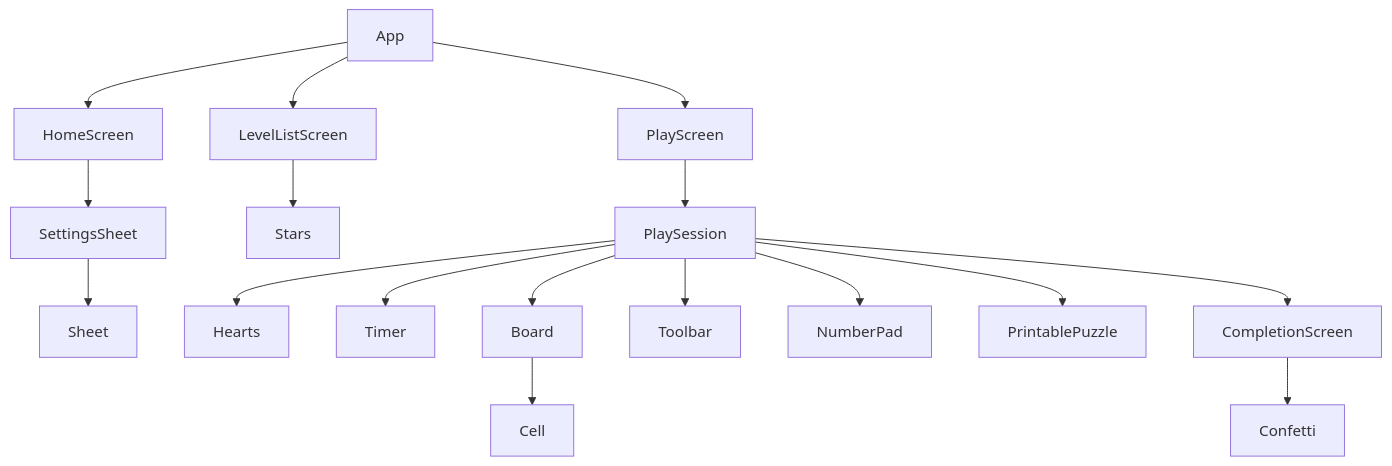
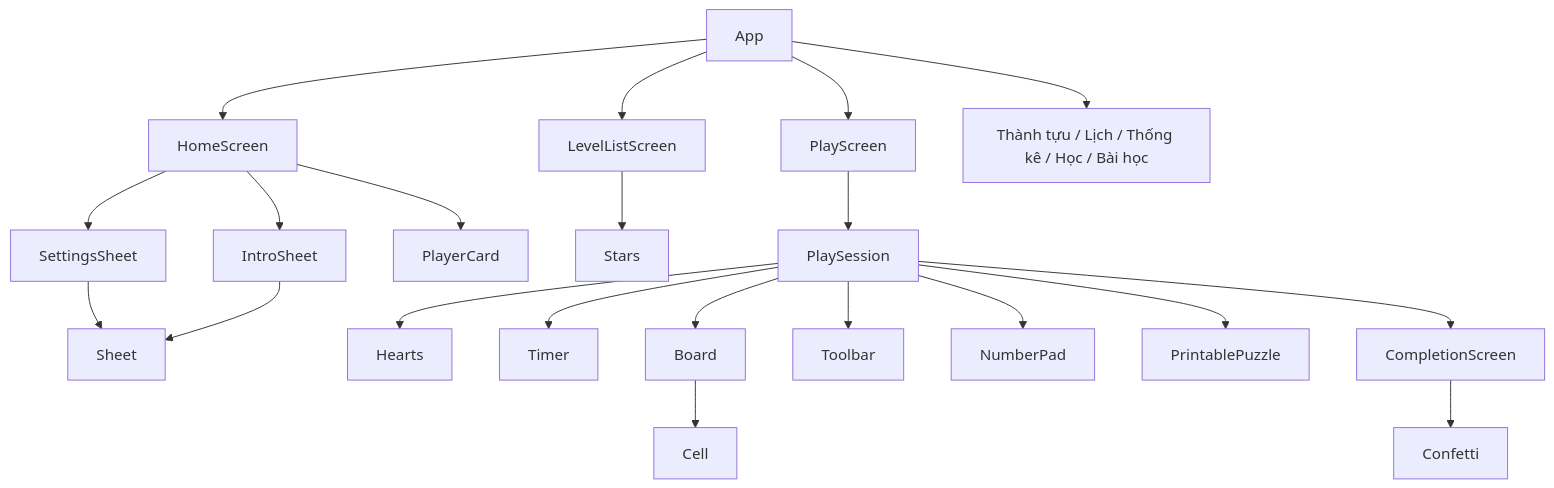
The diagram in docs/UI_DESIGN.md (thanhlvt/sudoku), drawn with Mermaid before and after one commit. The commit also changed other lines of this file and 77 other files, not shown here.

````diff
--- a/docs/UI_DESIGN.md
+++ b/docs/UI_DESIGN.md
@@ -321,16 +360,19 @@
 ```mermaid
 flowchart TB
   App --> Home[HomeScreen]
   App --> LL[LevelListScreen]
   App --> PS[PlayScreen]
+  App --> Sub[Thành tựu / Lịch / Thống kê / Học / Bài học]
   Home --> SS[SettingsSheet] --> Sheet
+  Home --> Intro[IntroSheet] --> Sheet
+  Home --> PC[PlayerCard]
   LL --> Stars
   PS --> PSes[PlaySession]
   PSes --> Hearts
   PSes --> Timer
   PSes --> Board --> Cell
   PSes --> Toolbar
   PSes --> NumberPad
   PSes --> PrintablePuzzle
   PSes --> CS[CompletionScreen] --> Confetti
 ```
````
